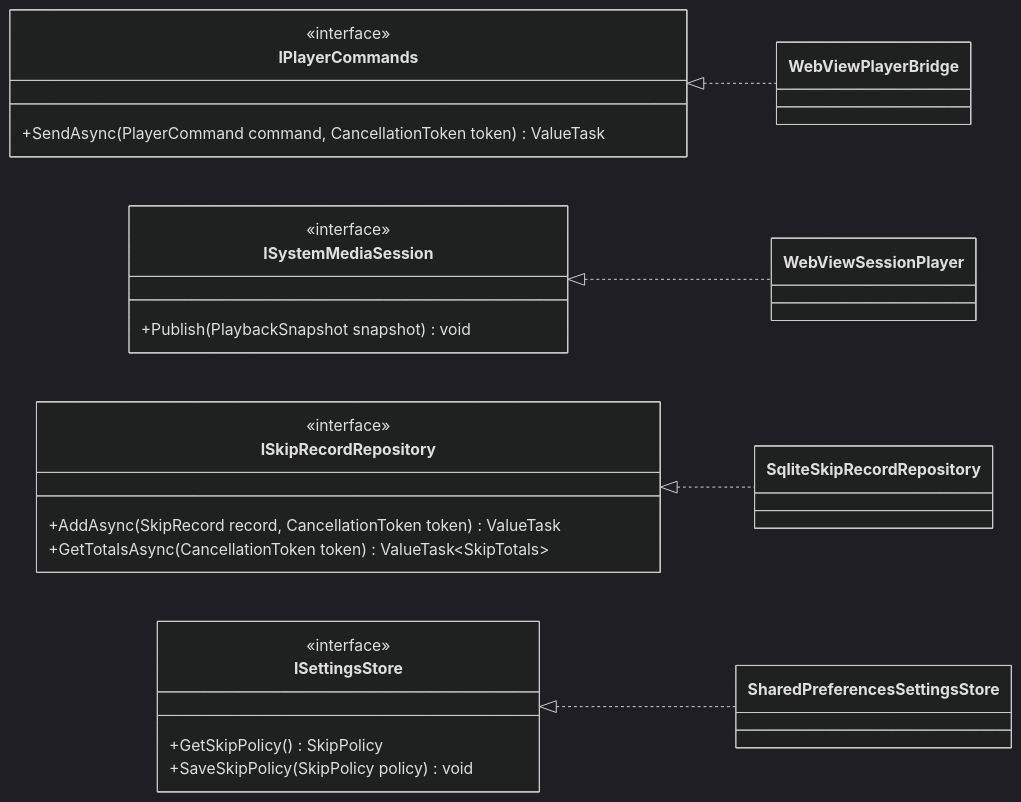
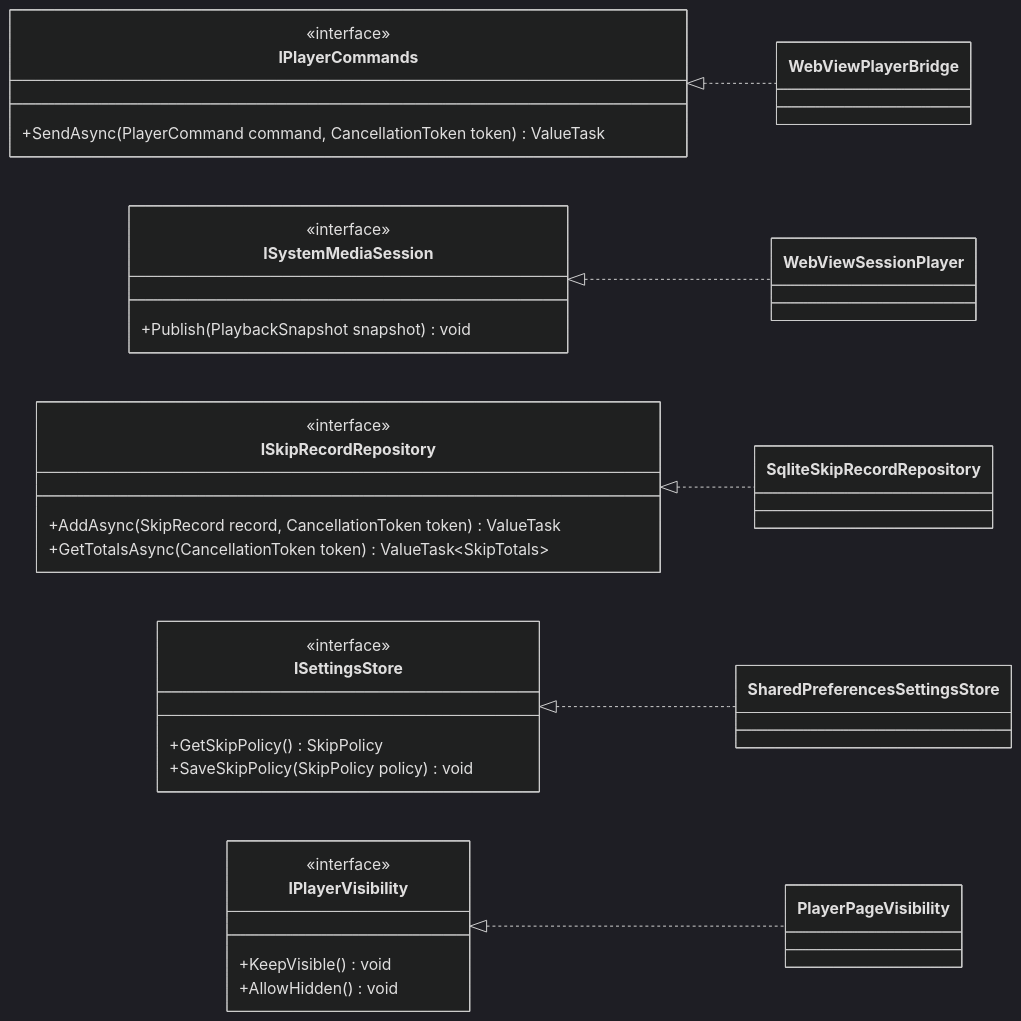
Before and after one commit to janlu89/J-HandsFree: the fifth of 8 diagrams in docs/architecture/ARCHITECTURE.md, drawn with Mermaid (dark theme). The commit also changed other lines of this file and 13 other files, not shown here.

````diff
--- a/docs/architecture/ARCHITECTURE.md
+++ b/docs/architecture/ARCHITECTURE.md
@@ -239,32 +241,39 @@
 ```mermaid
 classDiagram
     direction LR
     class IPlayerCommands {
         <<interface>>
         +SendAsync(PlayerCommand command, CancellationToken token) ValueTask
     }
     class ISystemMediaSession {
         <<interface>>
         +Publish(PlaybackSnapshot snapshot) void
     }
     class ISkipRecordRepository {
         <<interface>>
         +AddAsync(SkipRecord record, CancellationToken token) ValueTask
         +GetTotalsAsync(CancellationToken token) ValueTask~SkipTotals~
     }
     class ISettingsStore {
         <<interface>>
         +GetSkipPolicy() SkipPolicy
         +SaveSkipPolicy(SkipPolicy policy) void
     }
+    class IPlayerVisibility {
+        <<interface>>
+        +KeepVisible() void
+        +AllowHidden() void
+    }
 
     class WebViewPlayerBridge
     class WebViewSessionPlayer
     class SqliteSkipRecordRepository
     class SharedPreferencesSettingsStore
+    class PlayerPageVisibility
 
     IPlayerCommands <|.. WebViewPlayerBridge
     ISystemMediaSession <|.. WebViewSessionPlayer
     ISkipRecordRepository <|.. SqliteSkipRecordRepository
     ISettingsStore <|.. SharedPreferencesSettingsStore
+    IPlayerVisibility <|.. PlayerPageVisibility
 ```
````
